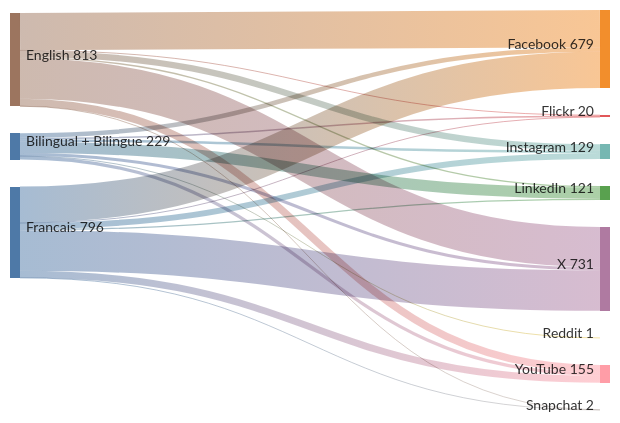
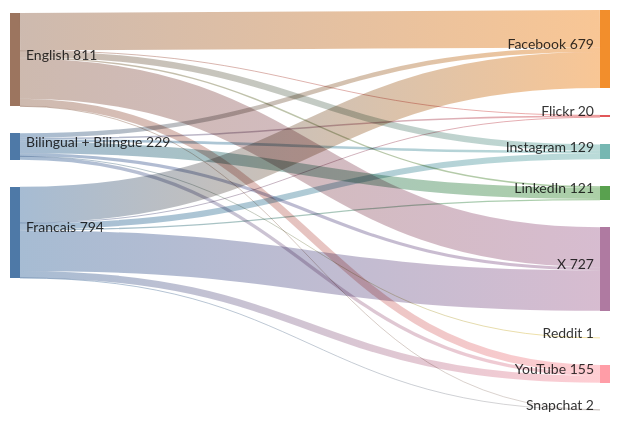
Before and after one commit to PatLittle/GC-Socials: the diagram in sankey_diagram.md, drawn with Mermaid.

Commit message:
Update Sankey diagram for the most recent day

````diff
--- a/sankey_diagram.md
+++ b/sankey_diagram.md
@@ -1,24 +1,24 @@
 ```mermaid
 sankey-beta
   Bilingual + Bilingue,Facebook,39
   Bilingual + Bilingue,Flickr,13
   Bilingual + Bilingue,Instagram,22
   Bilingual + Bilingue,LinkedIn,98
   Bilingual + Bilingue,Reddit,1
   Bilingual + Bilingue,X,27
   Bilingual + Bilingue,YouTube,29
   English,Facebook,325
   English,Flickr,4
   English,Instagram,55
   English,LinkedIn,12
   English,Snapchat,1
-  English,X,351
+  English,X,349
   English,YouTube,65
   Francais,Facebook,315
   Francais,Flickr,3
   Francais,Instagram,52
   Francais,LinkedIn,11
   Francais,Snapchat,1
-  Francais,X,353
+  Francais,X,351
   Francais,YouTube,61
 ```
````
